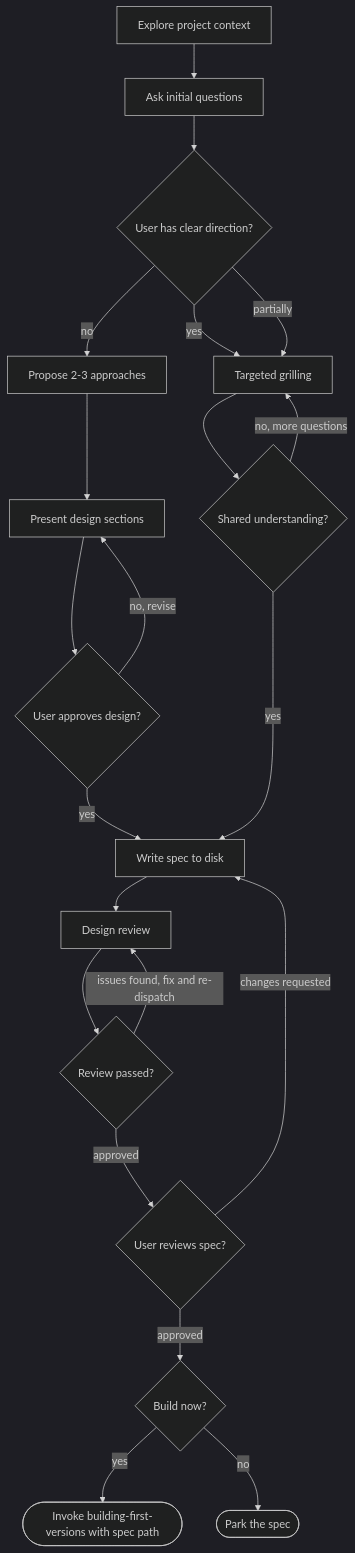
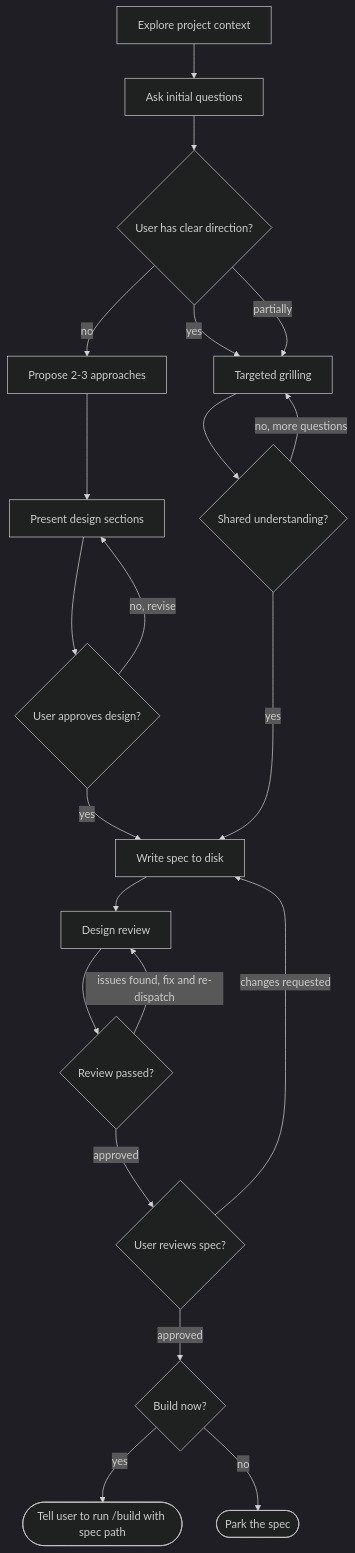
One commit to Broderick-Westrope/dotagents changed the diagram in skills/grilling/SKILL.md. Above: the diagram before and after it, drawn with Mermaid (dark theme). The commit also changed other lines of this file and 11 other files, not shown here.

Commit message:
make /build a command-only workflow, call them early versions, and keep the critic blind to the review round

````diff
--- a/skills/grilling/SKILL.md
+++ b/skills/grilling/SKILL.md
@@ -35,23 +35,23 @@
 ```mermaid
 flowchart TD
     A[Explore project context] --> B[Ask initial questions]
     B --> C{User has clear direction?}
     C -->|yes| D[Targeted grilling]
     C -->|no| E[Propose 2-3 approaches]
     C -->|partially| D
     D --> F{Shared understanding?}
     F -->|no, more questions| D
     E --> G[Present design sections]
     G --> H{User approves design?}
     H -->|no, revise| G
     H -->|yes| I[Write spec to disk]
     F -->|yes| I
     I --> J[Design review]
     J --> K{Review passed?}
     K -->|issues found, fix and re-dispatch| J
     K -->|approved| L{User reviews spec?}
     L -->|changes requested| I
     L -->|approved| M{Build now?}
-    M -->|yes| N([Invoke building-first-versions with spec path])
+    M -->|yes| N([Tell user to run /build with spec path])
     M -->|no| O([Park the spec])
 ```
````
